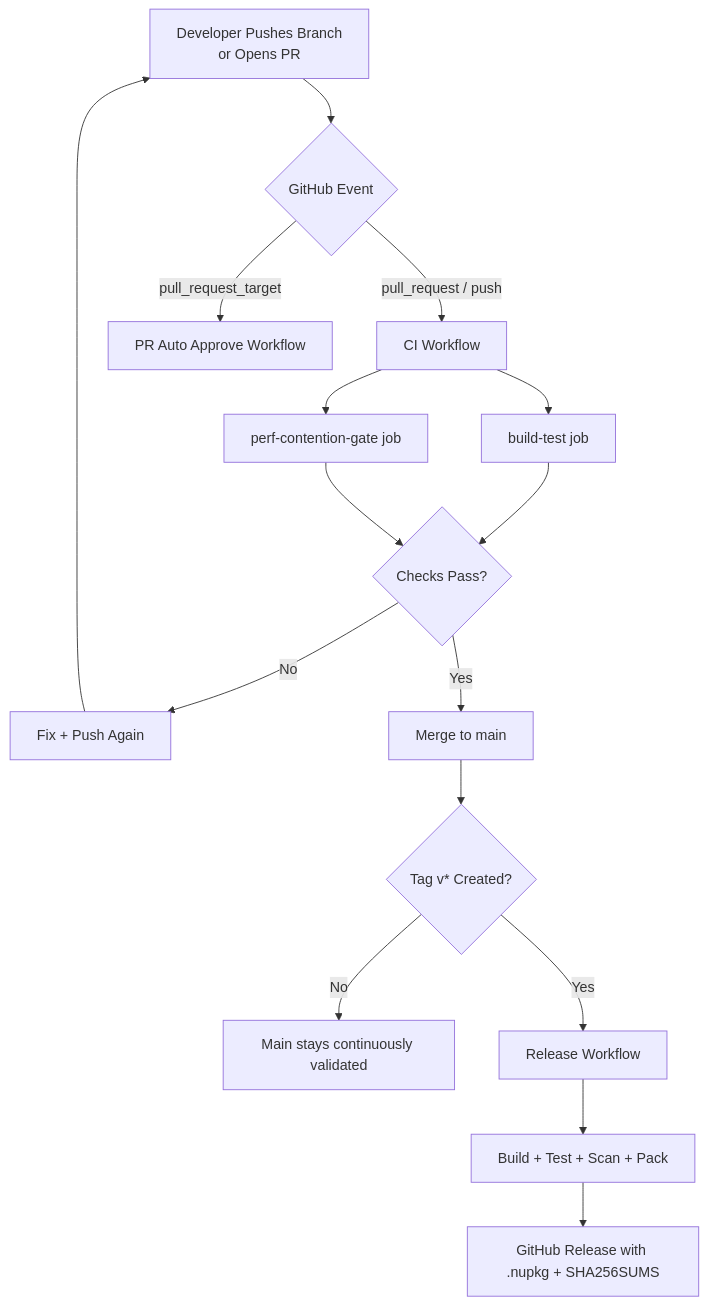
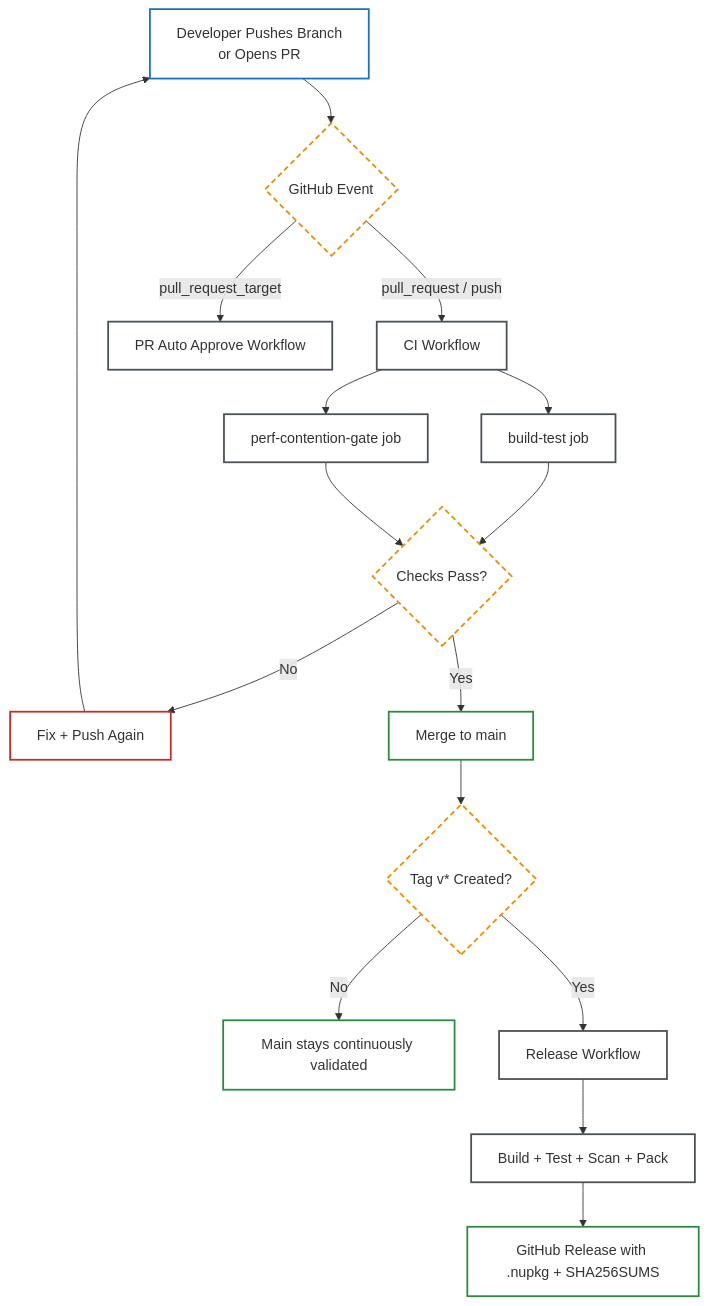
Before and after one commit to haxxornulled/VapeCache: the first of 2 diagrams in README.md, drawn with Mermaid. The commit also changed other lines of this file and 1 other file, not shown here.

Commit message:
docs(diagrams): tune mermaid styling for light/dark github themes

````diff
--- a/README.md
+++ b/README.md
@@ -78,18 +78,24 @@
 ```mermaid
 flowchart TB
-    A[Developer Pushes Branch<br/>or Opens PR] --> B{GitHub Event}
-    B -->|pull_request / push| C[CI Workflow]
-    B -->|pull_request_target| D[PR Auto Approve Workflow]
-    C --> E[build-test job]
-    C --> F[perf-contention-gate job]
-    E --> G{Checks Pass?}
+    classDef trigger fill:transparent,stroke:#1971c2,stroke-width:2px
+    classDef gate fill:transparent,stroke:#f08c00,stroke-width:2px,stroke-dasharray: 6 4
+    classDef success fill:transparent,stroke:#2b8a3e,stroke-width:2px
+    classDef fail fill:transparent,stroke:#c92a2a,stroke-width:2px
+    classDef action fill:transparent,stroke:#495057,stroke-width:2px
+
+    A[Developer Pushes Branch<br/>or Opens PR]:::trigger --> B{GitHub Event}:::gate
+    B -->|pull_request / push| C[CI Workflow]:::action
+    B -->|pull_request_target| D[PR Auto Approve Workflow]:::action
+    C --> E[build-test job]:::action
+    C --> F[perf-contention-gate job]:::action
+    E --> G{Checks Pass?}:::gate
     F --> G
-    G -->|No| H[Fix + Push Again]
+    G -->|No| H[Fix + Push Again]:::fail
     H --> A
-    G -->|Yes| I[Merge to main]
-    I --> J{Tag v* Created?}
-    J -->|No| K[Main stays continuously validated]
-    J -->|Yes| L[Release Workflow]
-    L --> M[Build + Test + Scan + Pack]
-    M --> N[GitHub Release with .nupkg + SHA256SUMS]
+    G -->|Yes| I[Merge to main]:::success
+    I --> J{Tag v* Created?}:::gate
+    J -->|No| K[Main stays continuously validated]:::success
+    J -->|Yes| L[Release Workflow]:::action
+    L --> M[Build + Test + Scan + Pack]:::action
+    M --> N[GitHub Release with .nupkg + SHA256SUMS]:::success
 ```
````
